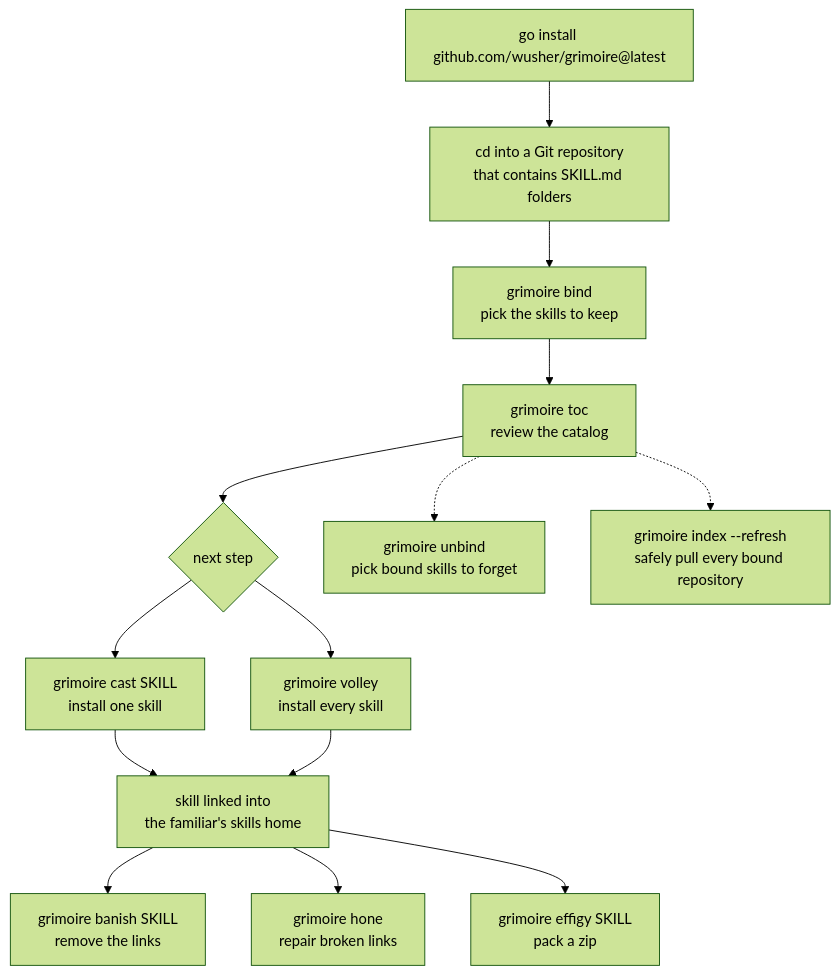
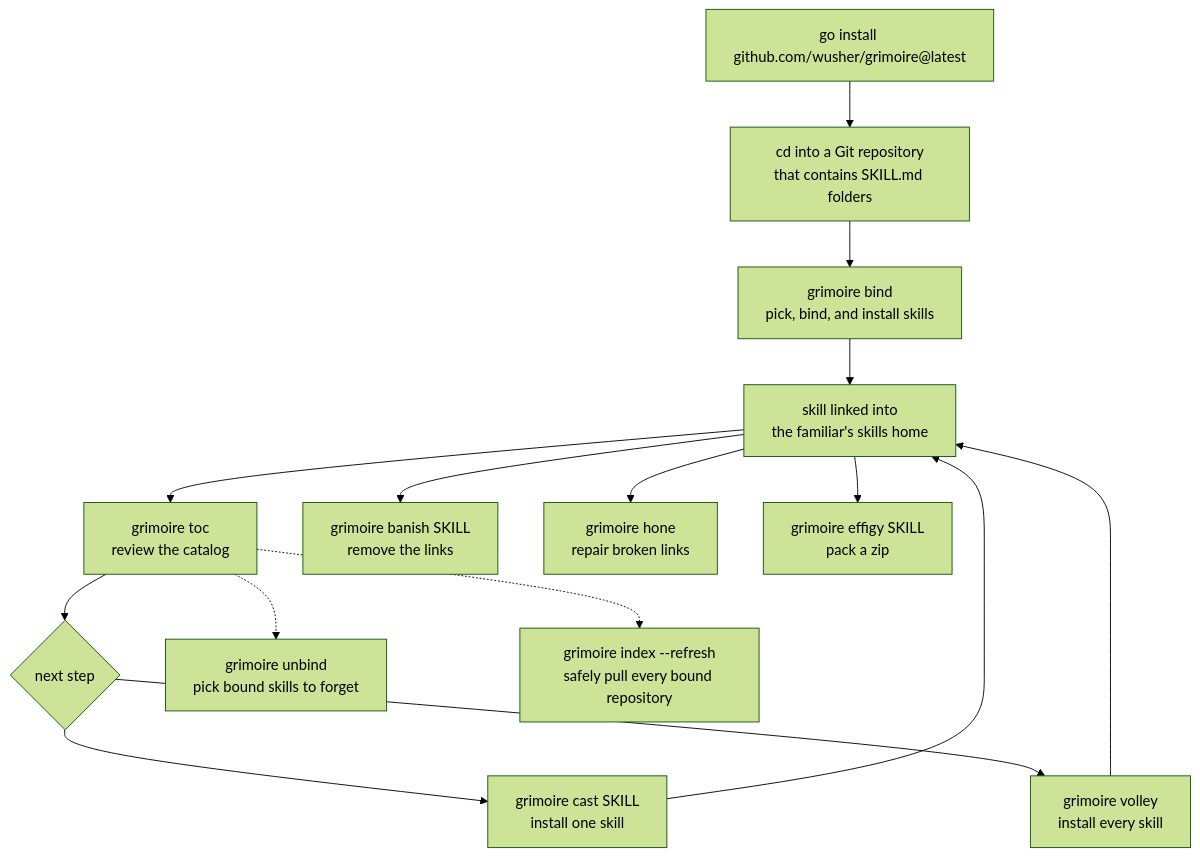
One commit to wusher/grimoire changed the diagram in README.md. Above: the diagram before and after it, drawn with Mermaid (forest theme). The commit also changed other lines of this file and 30 other files, not shown here.

Commit message:
Make bind install selected skills

````diff
--- a/README.md
+++ b/README.md
@@ -43,16 +43,18 @@
 ```mermaid
 flowchart TD
     A["go install github.com/wusher/grimoire@latest"] --> C["cd into a Git repository<br/>that contains SKILL.md folders"]
-    C --> D["grimoire bind<br/>pick the skills to keep"]
-    D --> E["grimoire toc<br/>review the catalog"]
+    C --> D["grimoire bind<br/>pick, bind, and install skills"]
+    D --> J
+    J --> E["grimoire toc<br/>review the catalog"]
     E --> F{next step}
     F --> G["grimoire cast SKILL<br/>install one skill"]
     F --> H["grimoire volley<br/>install every skill"]
-    G --> J["skill linked into<br/>the familiar's skills home"]
+    G --> J
     H --> J
+    J["skill linked into<br/>the familiar's skills home"]
     J --> K["grimoire banish SKILL<br/>remove the links"]
     J --> L["grimoire hone<br/>repair broken links"]
     J --> M["grimoire effigy SKILL<br/>pack a zip"]
     E -.-> N["grimoire unbind<br/>pick bound skills to forget"]
     E -.-> O["grimoire index --refresh<br/>safely pull every bound repository"]
 ```
````
